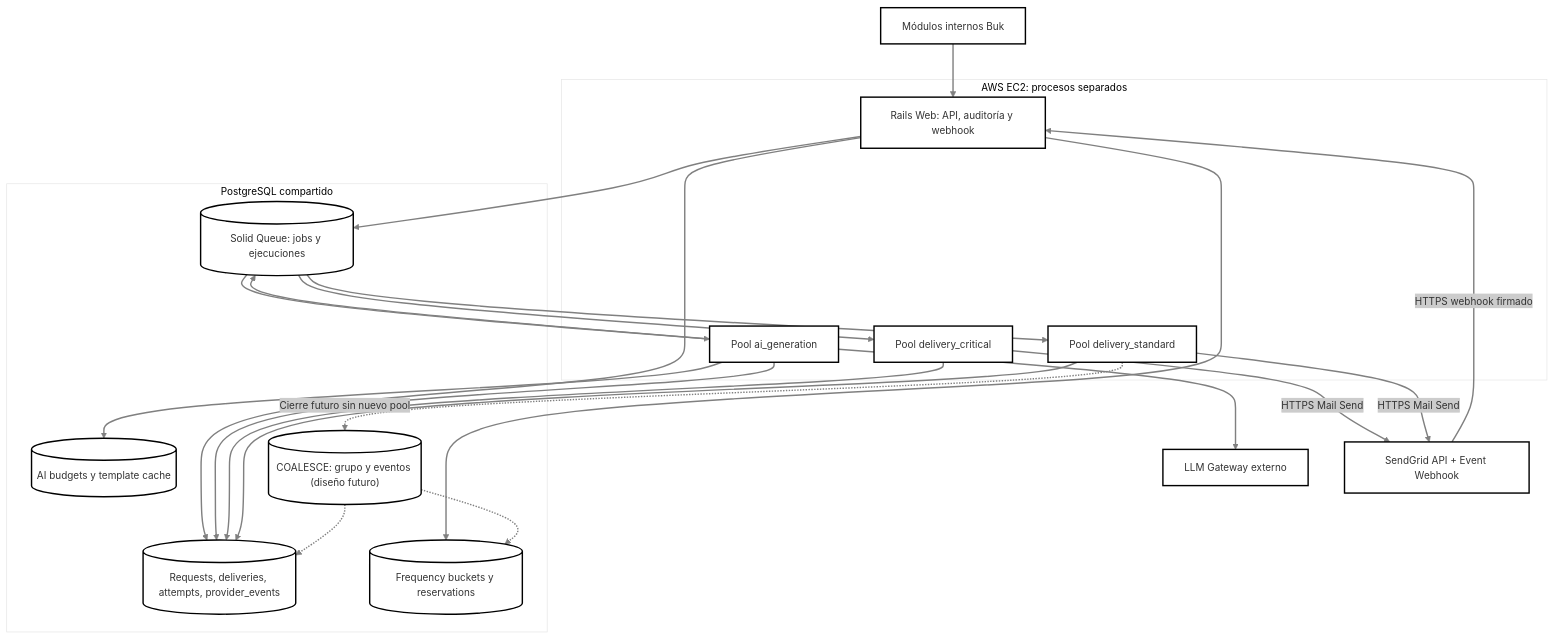
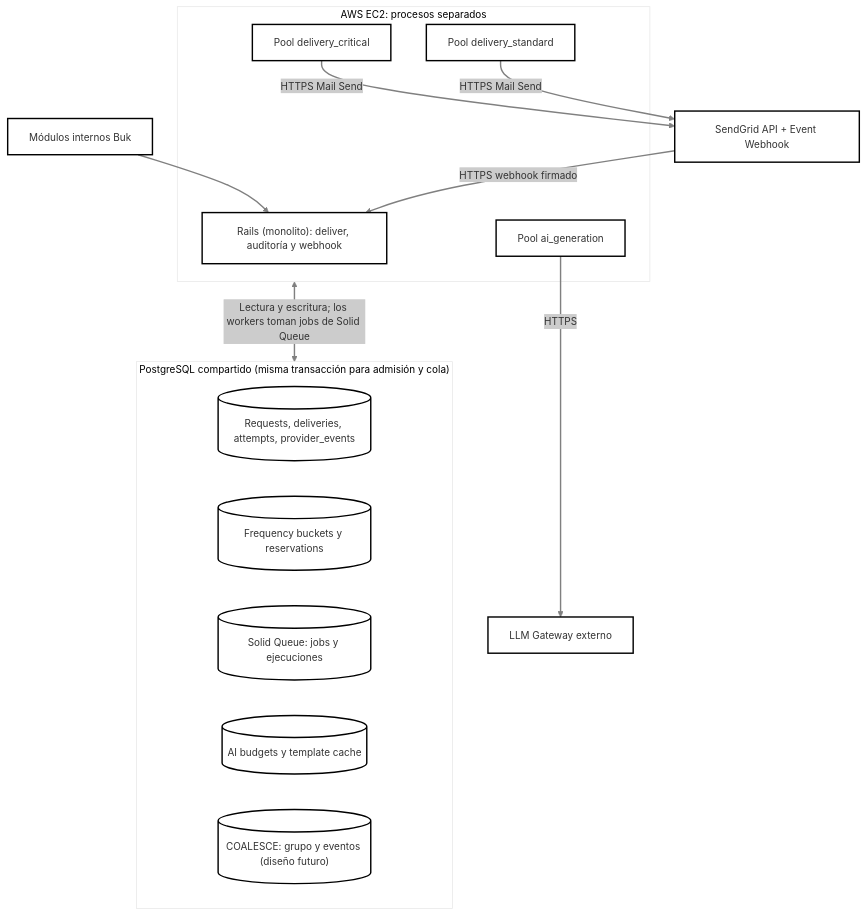
One commit to natha9404/codespaces-rails changed the diagram in app/assets/images/infraestructura.mmd. Above: the diagram before and after it, drawn with Mermaid. The commit also changed 1 other file, not shown here.

Commit message:
Alinear diagramas 2.b y 2.c con el documento técnico
- 2.b: idempotencia en la rama DELIVER, request_id devuelto por deliver,
  Solid Queue en la misma base y nodo Auditoría / Soporte.
- 2.c: Rails (monolito) en lugar de API, y enlaces por grupo
  (EC2 <-> PostgreSQL) para eliminar el cruce de líneas.

Claude-Session: https://claude.ai/code/session_01EN15Zt4eD2KFyRUn3HFGET

```diff
--- a/app/assets/images/infraestructura.mmd
+++ b/app/assets/images/infraestructura.mmd
@@ -1,42 +1,29 @@
 ---
 config:
   theme: neo
 ---
 flowchart TB
   Modules["Módulos internos Buk"]
   subgraph EC2["AWS EC2: procesos separados"]
-    Web["Rails Web: API, auditoría y webhook"]
+    Web["Rails (monolito): deliver, auditoría y webhook"]
     AI["Pool ai_generation"]
     Critical["Pool delivery_critical"]
     Standard["Pool delivery_standard"]
   end
-  subgraph PG["PostgreSQL compartido"]
+  subgraph PG["PostgreSQL compartido (misma transacción para admisión y cola)"]
     Business[("Requests, deliveries, attempts, provider_events")]
     Freq[("Frequency buckets y reservations")]
     SQ[("Solid Queue: jobs y ejecuciones")]
     AIData[("AI budgets y template cache")]
     Future[("COALESCE: grupo y eventos (diseño futuro)")]
   end
   LLM["LLM Gateway externo"]
   SG["SendGrid API + Event Webhook"]
   Modules --> Web
-  Web --> Business
-  Web --> Freq
-  Web --> SQ
-  SQ --> AI
-  SQ --> Critical
-  SQ --> Standard
-  AI --> LLM
-  AI --> AIData
-  AI --> Business
-  AI --> SQ
-  Critical --> Business
-  Standard --> Business
+  EC2 <-->|"Lectura y escritura; los workers toman jobs de Solid Queue"| PG
+  AI -->|"HTTPS"| LLM
   Critical -->|"HTTPS Mail Send"| SG
   Standard -->|"HTTPS Mail Send"| SG
   SG -->|"HTTPS webhook firmado"| Web
-  Standard -.->|"Cierre futuro sin nuevo pool"| Future
-  Future -.-> Business
-  Future -.-> Freq
 
         linkStyle default stroke:#808080
```
